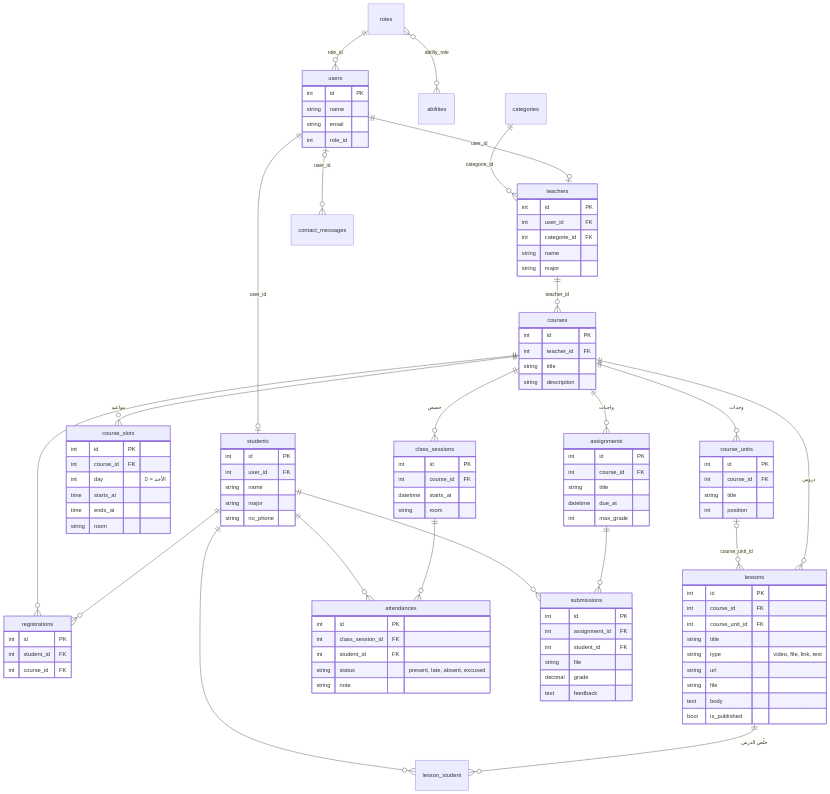
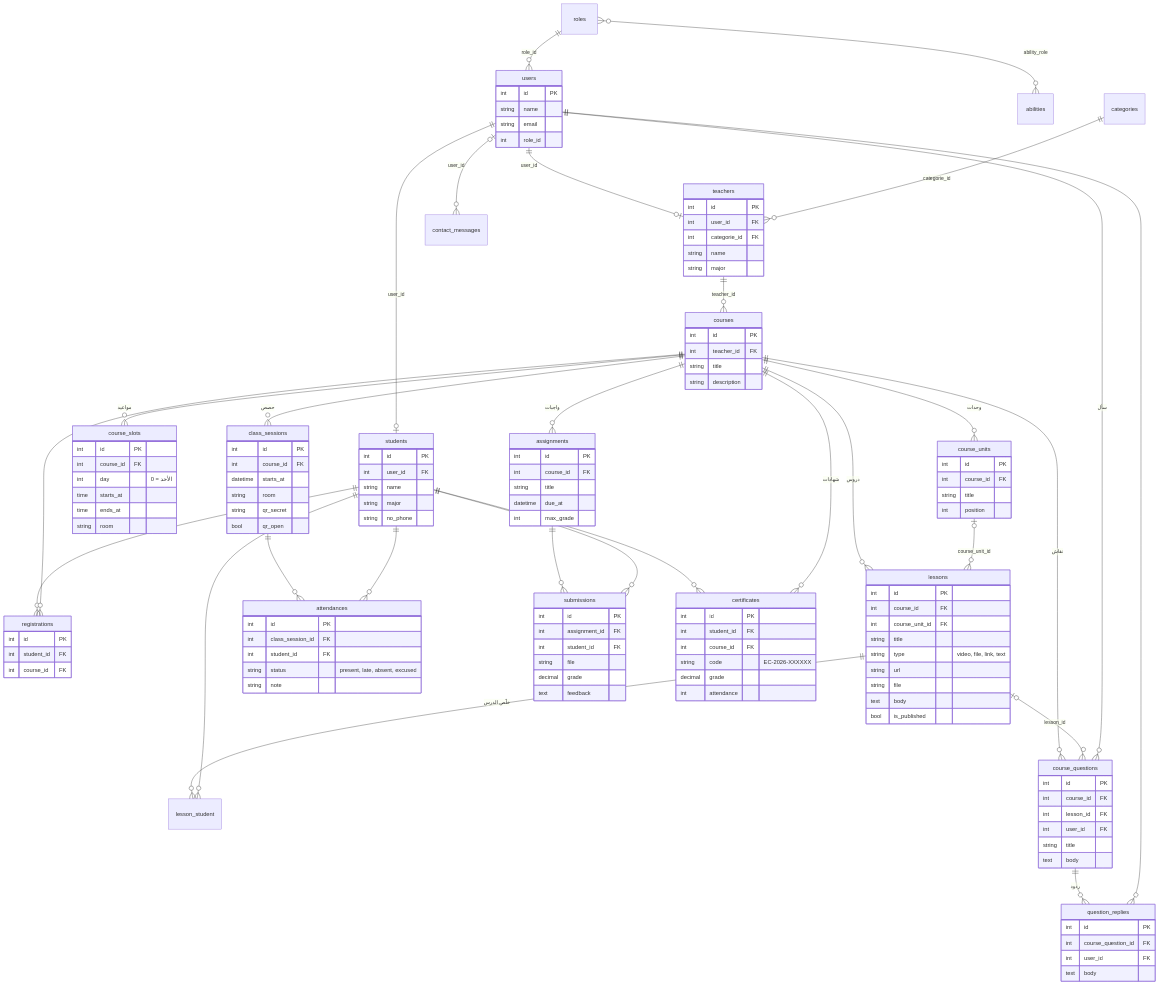
Before and after one commit to SEngsam/Graduation-EduCenter: the diagram in docs/database.md, drawn with Mermaid. The commit also changed other lines of this file and 5 other files, not shown here.

Commit message:
Update docs for certificates, discussion, QR attendance and Laravel 10

````diff
--- a/docs/database.md
+++ b/docs/database.md
@@ -30,6 +30,15 @@
     students ||--o{ submissions : ""
 
     users |o--o{ contact_messages : "user_id"
+
+    students ||--o{ certificates : ""
+    courses ||--o{ certificates : "شهادات"
+
+    courses ||--o{ course_questions : "نقاش"
+    lessons |o--o{ course_questions : "lesson_id"
+    users ||--o{ course_questions : "سأل"
+    course_questions ||--o{ question_replies : "ردود"
+    users ||--o{ question_replies : ""
 
     users {
         int id PK
@@ -92,6 +101,8 @@
         int course_id FK
         datetime starts_at
         string room
+        string qr_secret
+        bool qr_open
     }
     attendances {
         int id PK
@@ -115,4 +126,26 @@
         decimal grade
         text feedback
     }
+    certificates {
+        int id PK
+        int student_id FK
+        int course_id FK
+        string code "EC-2026-XXXXXX"
+        decimal grade
+        int attendance
+    }
+    course_questions {
+        int id PK
+        int course_id FK
+        int lesson_id FK
+        int user_id FK
+        string title
+        text body
+    }
+    question_replies {
+        int id PK
+        int course_question_id FK
+        int user_id FK
+        text body
+    }
 ```
````
